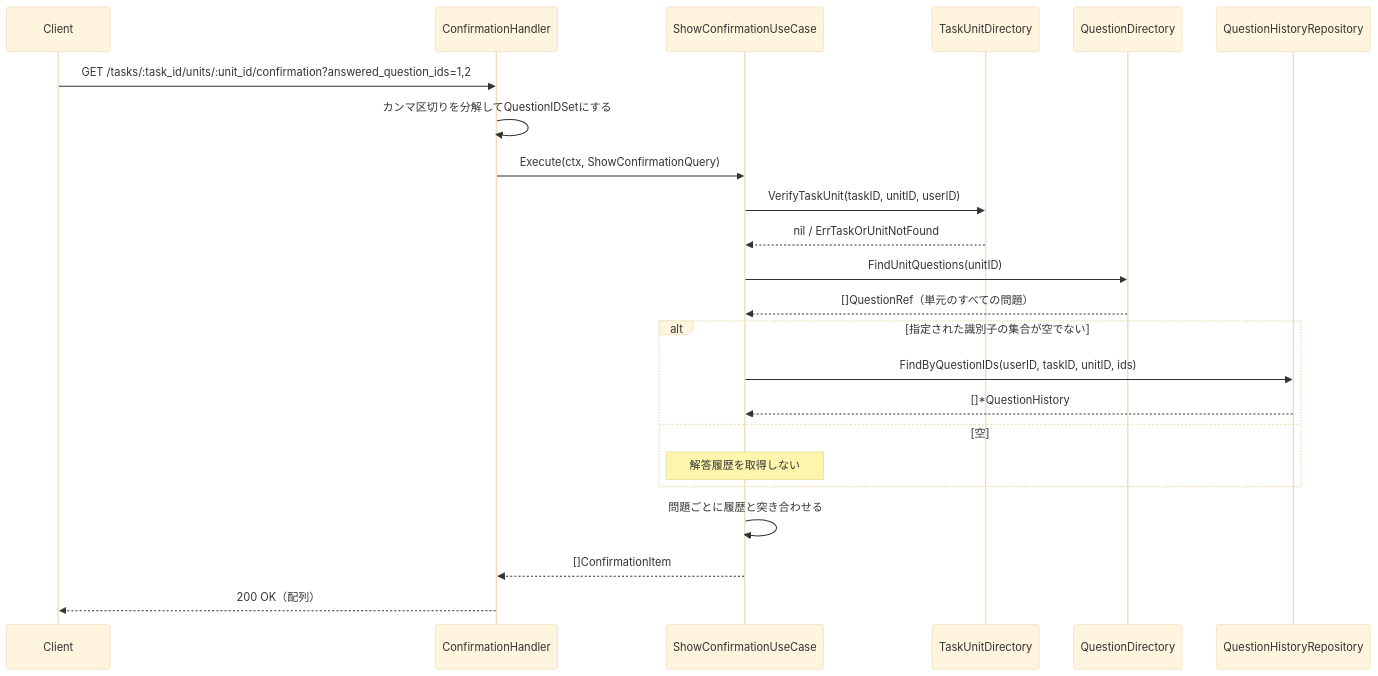
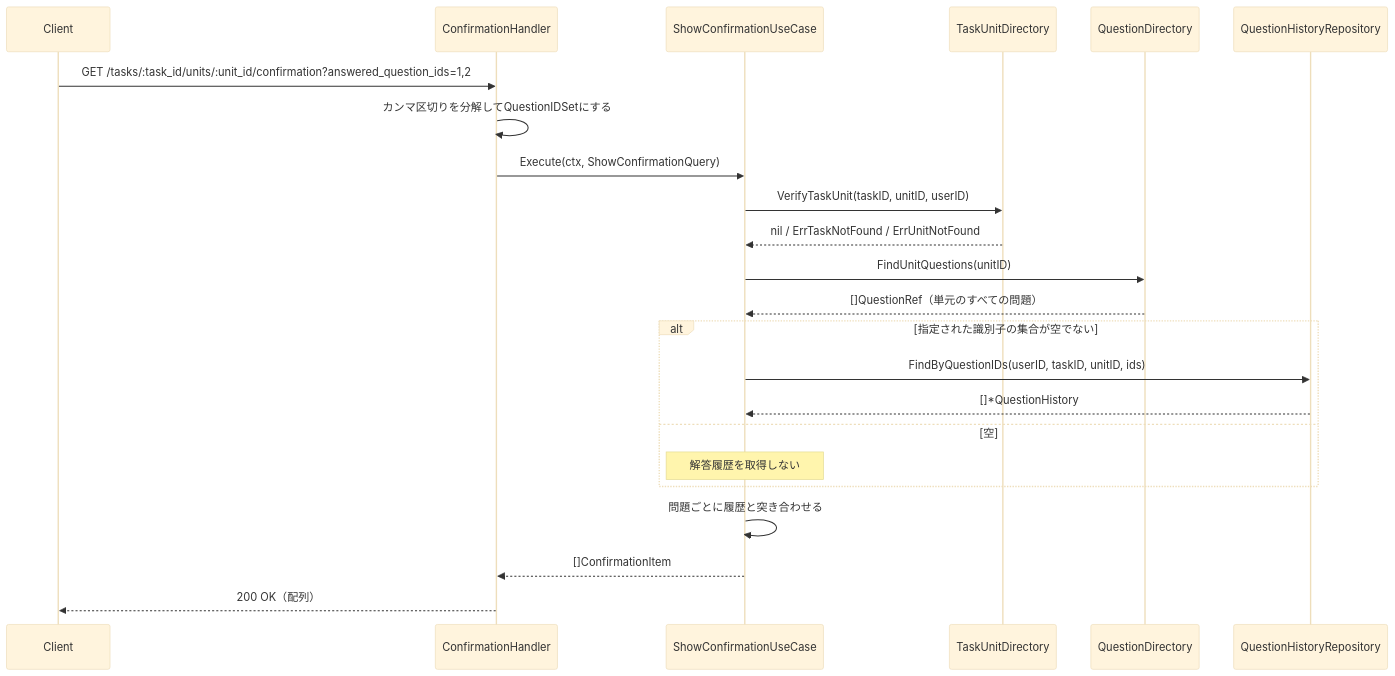
One commit to yuta20253/edu-platform-go-design changed the third of 4 diagrams in 計画書/Go実装仕様書/問題解答機能_Go実装仕様書_2_問題参照.md. Above: the diagram before and after it, drawn with Mermaid (base theme). The commit also changed other lines of this file and 20 other files, not shown here.

````diff
--- a/計画書/Go実装仕様書/問題解答機能_Go実装仕様書_2_問題参照.md
+++ b/計画書/Go実装仕様書/問題解答機能_Go実装仕様書_2_問題参照.md
@@ -301,26 +299,26 @@
 ```mermaid
 sequenceDiagram
     participant C as Client
     participant H as ConfirmationHandler
     participant U as ShowConfirmationUseCase
     participant TD as TaskUnitDirectory
     participant QD as QuestionDirectory
     participant R as QuestionHistoryRepository
 
     C->>H: GET /tasks/:task_id/units/:unit_id/confirmation?answered_question_ids=1,2
     H->>H: カンマ区切りを分解してQuestionIDSetにする
     H->>U: Execute(ctx, ShowConfirmationQuery)
     U->>TD: VerifyTaskUnit(taskID, unitID, userID)
-    TD-->>U: nil / ErrTaskOrUnitNotFound
+    TD-->>U: nil / ErrTaskNotFound / ErrUnitNotFound
     U->>QD: FindUnitQuestions(unitID)
     QD-->>U: []QuestionRef（単元のすべての問題）
     alt 指定された識別子の集合が空でない
         U->>R: FindByQuestionIDs(userID, taskID, unitID, ids)
         R-->>U: []*QuestionHistory
     else 空
         Note over U: 解答履歴を取得しない
     end
     U->>U: 問題ごとに履歴と突き合わせる
     U-->>H: []ConfirmationItem
     H-->>C: 200 OK（配列）
 ```
````
